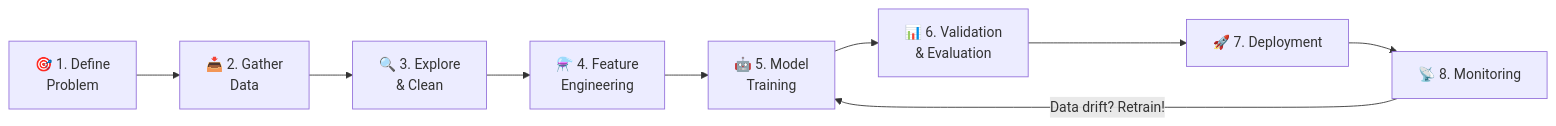
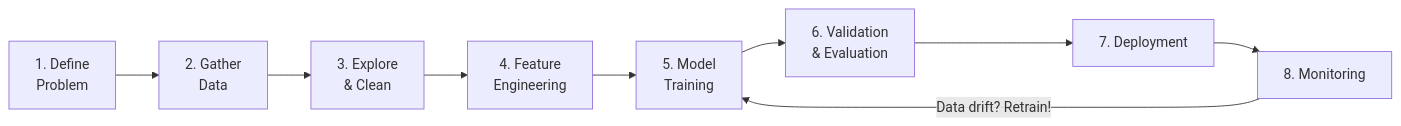
One commit to NK2552003/Big-Data-Survival-Guide changed the sixth of 9 diagrams in UNITS/UNIT 1/unit-1-english-fun.md. Above: the diagram before and after it, drawn with Mermaid. The commit also changed other lines of this file and 78 other files, not shown here.

````diff
--- a/UNITS/UNIT 1/unit-1-english-fun.md
+++ b/UNITS/UNIT 1/unit-1-english-fun.md
@@ -699,11 +699,11 @@
 ```mermaid
 flowchart LR
-    A["🎯 1. Define\nProblem"] --> B["📥 2. Gather\nData"]
-    B --> C["🔍 3. Explore\n& Clean"]
-    C --> D["⚗️ 4. Feature\nEngineering"]
-    D --> E["🤖 5. Model\nTraining"]
-    E --> F["📊 6. Validation\n& Evaluation"]
-    F --> G["🚀 7. Deployment"]
-    G --> H["📡 8. Monitoring"]
-    H -->|"Data drift? Retrain!"| E
+ A[" 1. Define\nProblem"] --> B[" 2. Gather\nData"]
+ B --> C[" 3. Explore\n& Clean"]
+ C --> D[" 4. Feature\nEngineering"]
+ D --> E[" 5. Model\nTraining"]
+ E --> F[" 6. Validation\n& Evaluation"]
+ F --> G[" 7. Deployment"]
+ G --> H[" 8. Monitoring"]
+ H -->|"Data drift? Retrain!"| E
 ```
````
